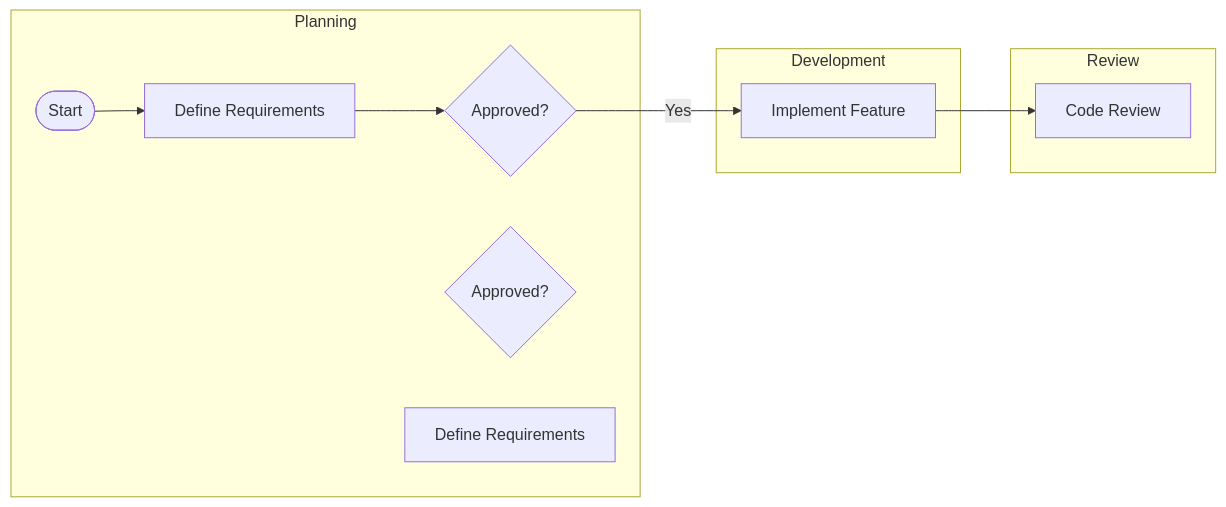
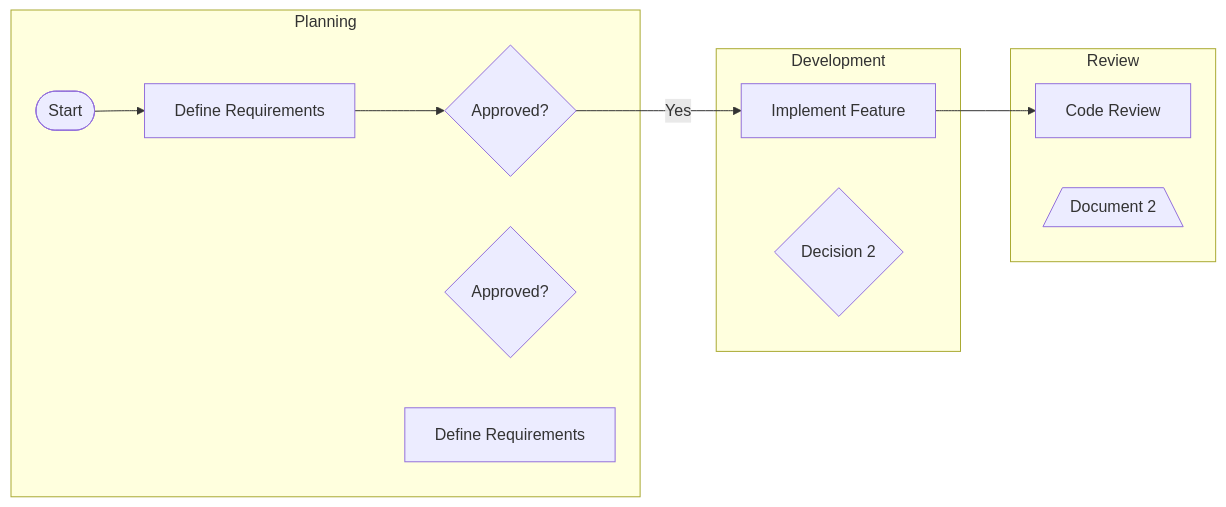
The diagram in notes/12_c34ecea0-ec0a-4533-a132-f3f4c3238980.md (pingpm/mermaid_vault), drawn with Mermaid before and after one commit. The commit also changed 3 other files, not shown here.

Commit message:
Sync Mermaid Studio data (27 diagrams)

````diff
--- a/notes/12_c34ecea0-ec0a-4533-a132-f3f4c3238980.md
+++ b/notes/12_c34ecea0-ec0a-4533-a132-f3f4c3238980.md
@@ -3,21 +3,23 @@
 ```mermaid
 flowchart LR
   subgraph lane_0["Planning"]
     t_0{"Approved?"}
     t_1(["Start"])
     t_2["Define Requirements"]
     t_3{"Approved?"}
     t_4["Define Requirements"]
   end
   subgraph lane_1["Development"]
     t_5["Implement Feature"]
+    t_6{"Decision 2"}
   end
   subgraph lane_2["Review"]
-    t_6["Code Review"]
+    t_7["Code Review"]
+    t_8[/"Document 2"\]
   end
   t_1 --> t_2
   t_2 --> t_0
   t_0 -->|"Yes"| t_5
-  t_5 --> t_6
+  t_5 --> t_7
 
 ```
````
